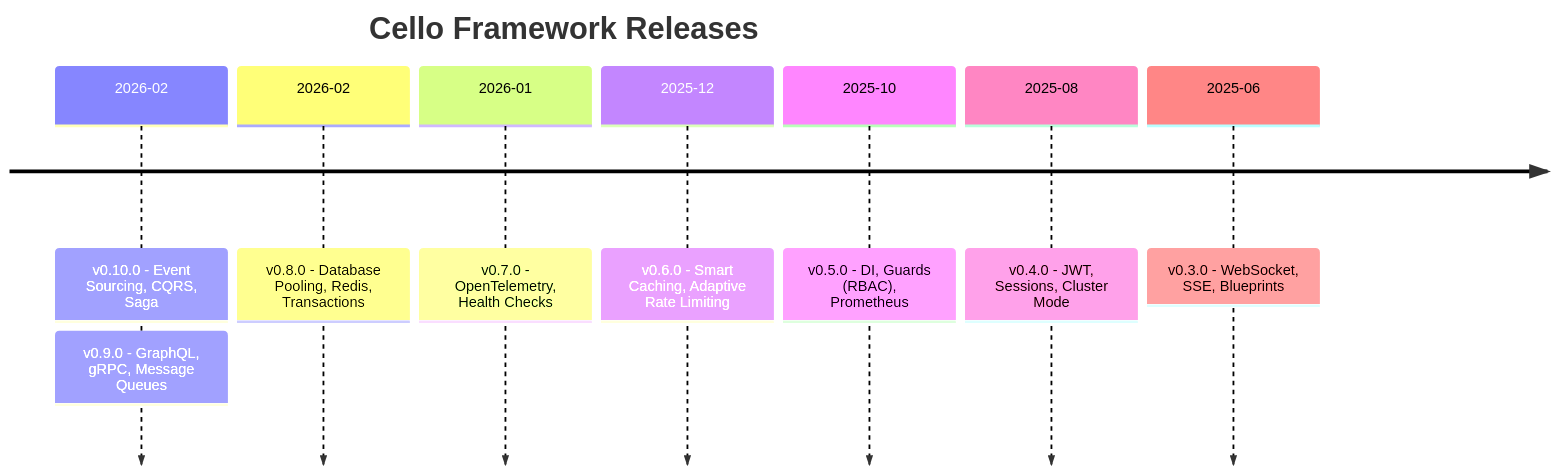
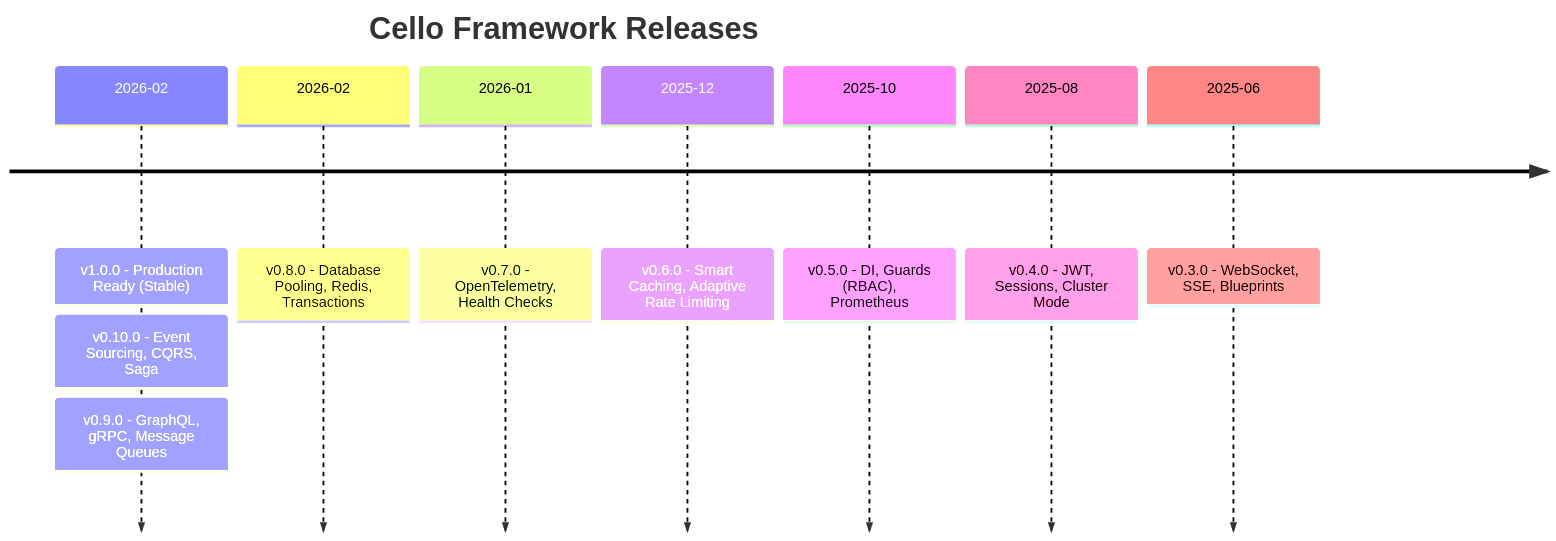
Before and after one commit to jagadeesh32/cello: the diagram in docs/releases/index.md, drawn with Mermaid. The commit also changed other lines of this file and 30 other files, not shown here.

````diff
--- a/docs/releases/index.md
+++ b/docs/releases/index.md
@@ -33,12 +33,13 @@
 ```mermaid
 timeline
     title Cello Framework Releases
-    2026-02 : v0.10.0 - Event Sourcing, CQRS, Saga
+    2026-02 : v1.0.0 - Production Ready (Stable)
+           : v0.10.0 - Event Sourcing, CQRS, Saga
            : v0.9.0 - GraphQL, gRPC, Message Queues
     2026-02 : v0.8.0 - Database Pooling, Redis, Transactions
     2026-01 : v0.7.0 - OpenTelemetry, Health Checks
     2025-12 : v0.6.0 - Smart Caching, Adaptive Rate Limiting
     2025-10 : v0.5.0 - DI, Guards (RBAC), Prometheus
     2025-08 : v0.4.0 - JWT, Sessions, Cluster Mode
     2025-06 : v0.3.0 - WebSocket, SSE, Blueprints
 ```
````
